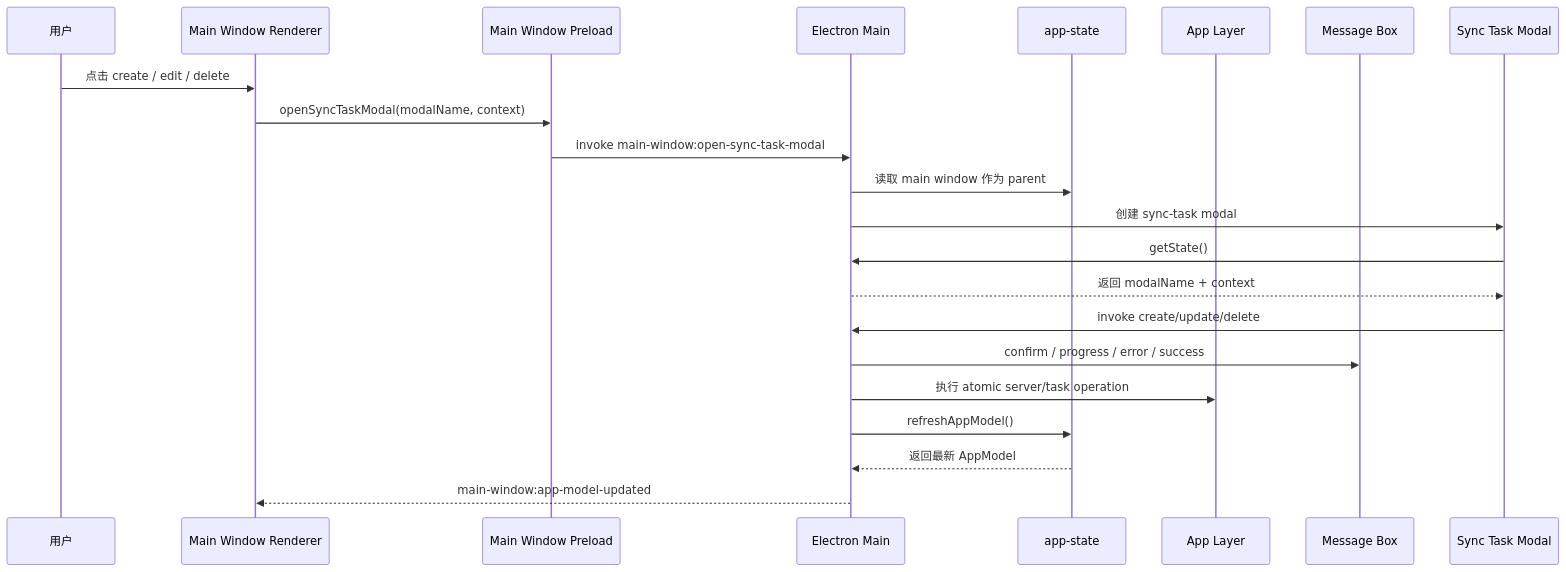
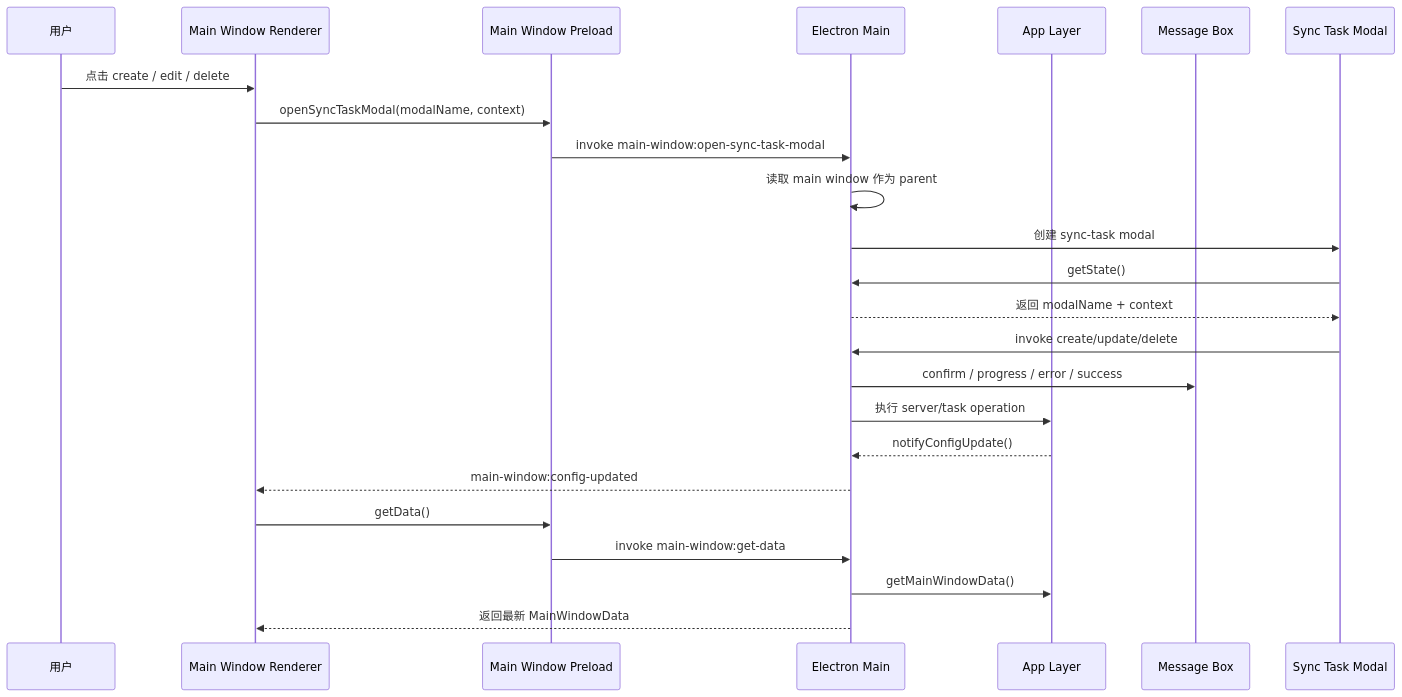
Before and after one commit to agalloch21/sync-with-rclone: diagram 11 of 13 in docs/Flows.md, drawn with Mermaid. The commit also changed other lines of this file and 14 other files, not shown here.

````diff
--- a/docs/Flows.md
+++ b/docs/Flows.md
@@ -297,25 +297,27 @@
 ```mermaid
 sequenceDiagram
   participant U as 用户
   participant MW as Main Window Renderer
   participant MP as Main Window Preload
   participant EM as Electron Main
-  participant AS as app-state
   participant APP as App Layer
   participant MB as Message Box
   participant M as Sync Task Modal
 
   U->>MW: 点击 create / edit / delete
   MW->>MP: openSyncTaskModal(modalName, context)
   MP->>EM: invoke main-window:open-sync-task-modal
-  EM->>AS: 读取 main window 作为 parent
+  EM->>EM: 读取 main window 作为 parent
   EM->>M: 创建 sync-task modal
   M->>EM: getState()
   EM-->>M: 返回 modalName + context
   M->>EM: invoke create/update/delete
   EM->>MB: confirm / progress / error / success
-  EM->>APP: 执行 atomic server/task operation
-  EM->>AS: refreshAppModel()
-  AS-->>EM: 返回最新 AppModel
-  EM-->>MW: main-window:app-model-updated
+  EM->>APP: 执行 server/task operation
+  APP-->>EM: notifyConfigUpdate()
+  EM-->>MW: main-window:config-updated
+  MW->>MP: getData()
+  MP->>EM: invoke main-window:get-data
+  EM->>APP: getMainWindowData()
+  EM-->>MW: 返回最新 MainWindowData
 ```
````
